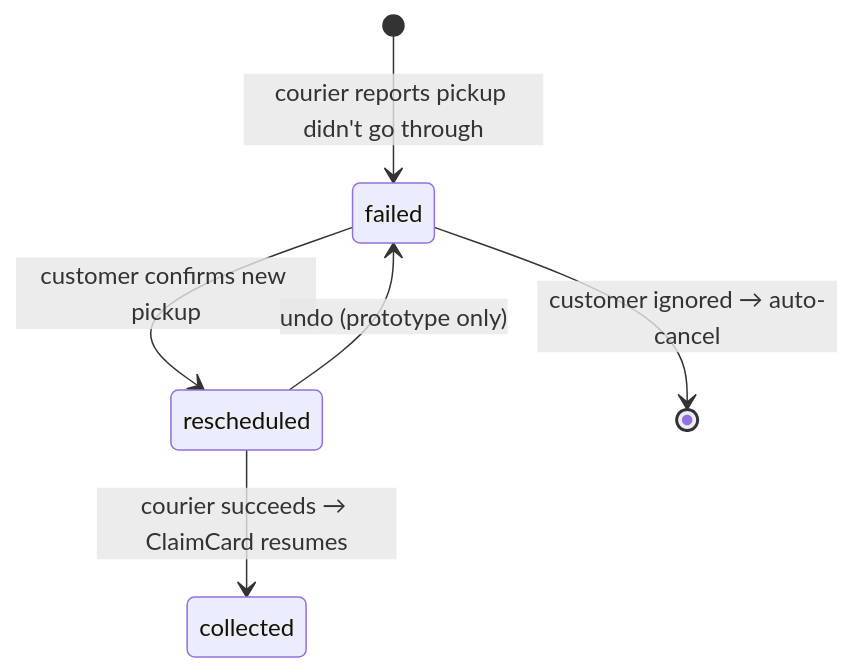
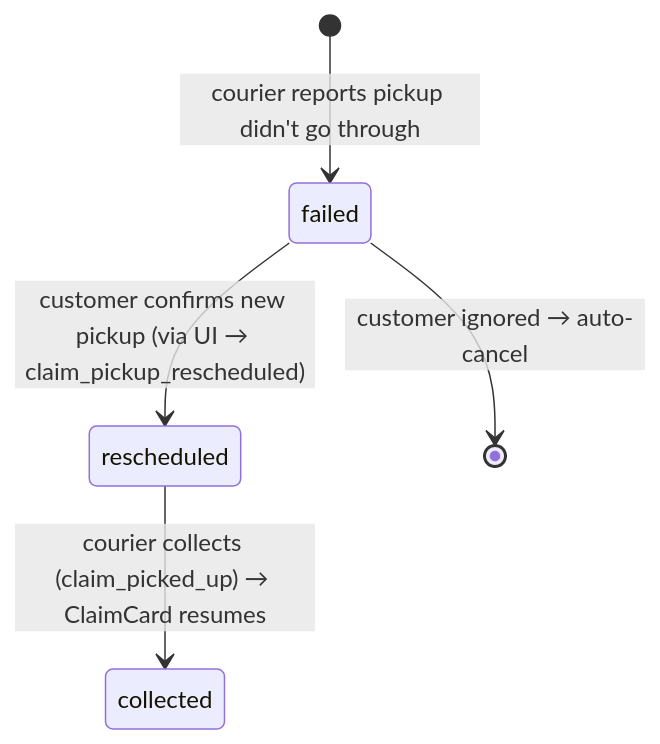
The fourth of 6 diagrams in docs/output/returns/claim_tracking.md (andrea-revibe/my-account-redesign-v2), drawn with Mermaid before and after one commit. The commit also changed other lines of this file and 11 other files, not shown here.

Commit message:
linked the pickup rescheduled UI step to the dev panel

````diff
--- a/docs/output/returns/claim_tracking.md
+++ b/docs/output/returns/claim_tracking.md
@@ -232,8 +232,7 @@
 ```mermaid
 stateDiagram-v2
     [*] --> failed: courier reports pickup didn't go through
-    failed --> rescheduled: customer confirms new pickup
+    failed --> rescheduled: customer confirms new pickup (via UI → claim_pickup_rescheduled)
     failed --> [*]: customer ignored → auto-cancel
-    rescheduled --> failed: undo (prototype only)
-    rescheduled --> collected: courier succeeds → ClaimCard resumes
+    rescheduled --> collected: courier collects (claim_picked_up) → ClaimCard resumes
 ```
````
